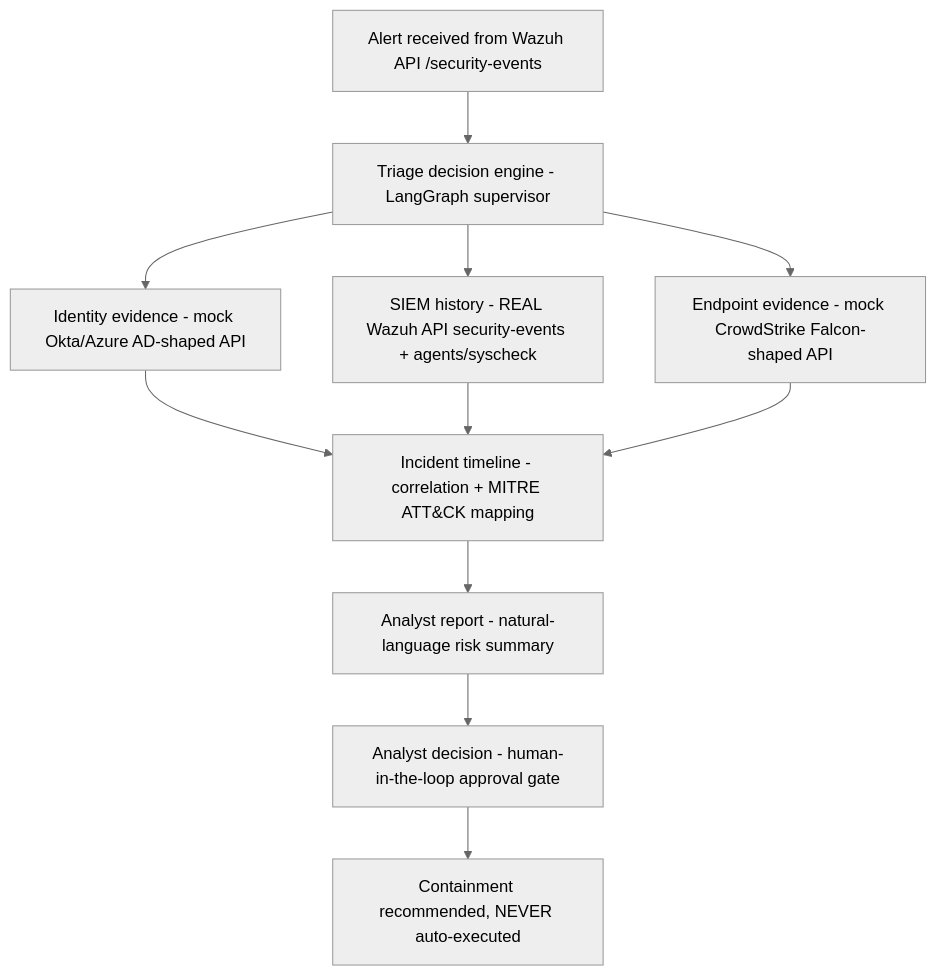
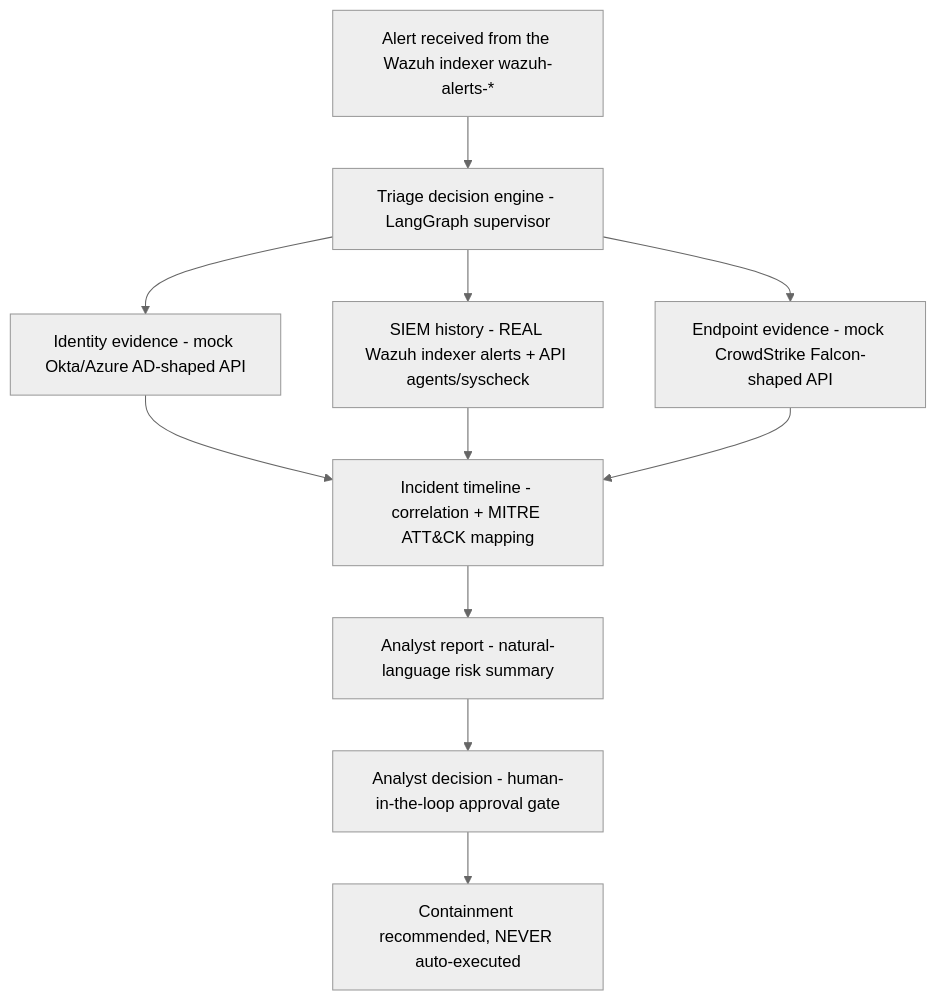
The diagram in ai-agentic-soc/docs/ARCHITECTURE.md (Kai0sama28/DAE-6-Month-Project-Files), drawn with Mermaid (neutral theme) before and after one commit. The commit also changed other lines of this file and 12 other files, not shown here.

````diff
--- a/ai-agentic-soc/docs/ARCHITECTURE.md
+++ b/ai-agentic-soc/docs/ARCHITECTURE.md
@@ -70,13 +70,13 @@
 ```mermaid
 flowchart TD
-    A[Alert received from Wazuh API /security-events] --> B[Triage decision engine - LangGraph supervisor]
+    A[Alert received from the Wazuh indexer wazuh-alerts-*] --> B[Triage decision engine - LangGraph supervisor]
     B --> C1[Identity evidence - mock Okta/Azure AD-shaped API]
-    B --> C2[SIEM history - REAL Wazuh API security-events + agents/syscheck]
+    B --> C2[SIEM history - REAL Wazuh indexer alerts + API agents/syscheck]
     B --> C3[Endpoint evidence - mock CrowdStrike Falcon-shaped API]
     C1 --> D[Incident timeline - correlation + MITRE ATT&CK mapping]
     C2 --> D
     C3 --> D
     D --> E[Analyst report - natural-language risk summary]
     E --> F[Analyst decision - human-in-the-loop approval gate]
     F --> G[Containment recommended, NEVER auto-executed]
 ```
````
